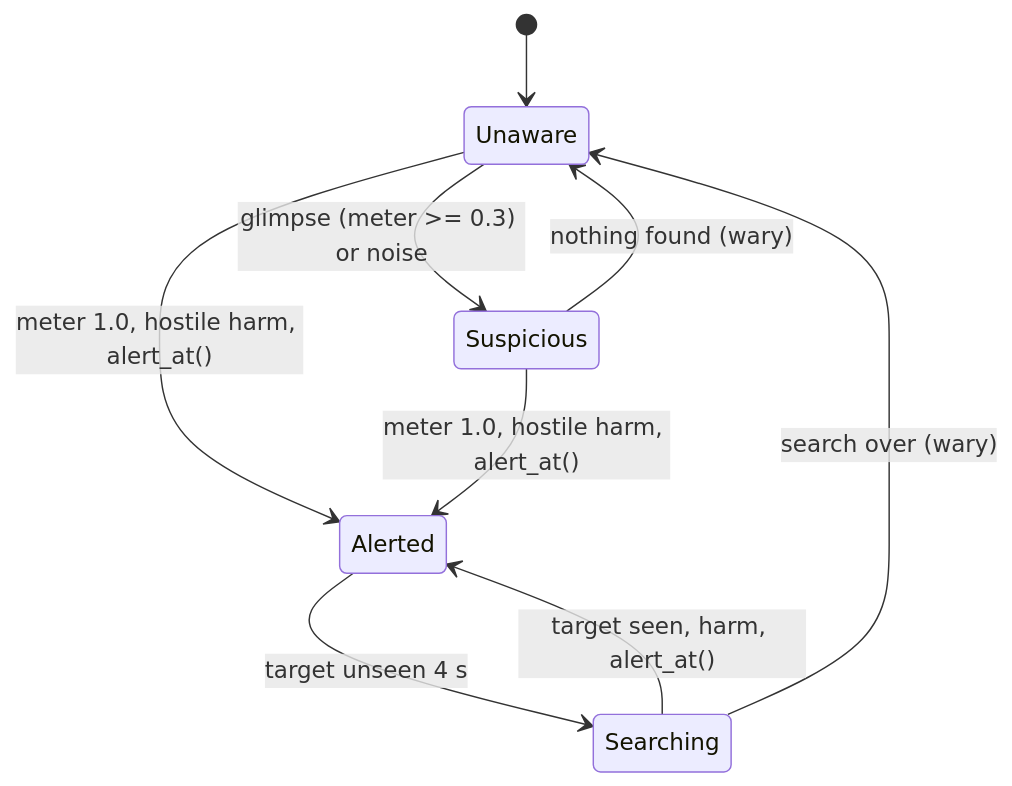
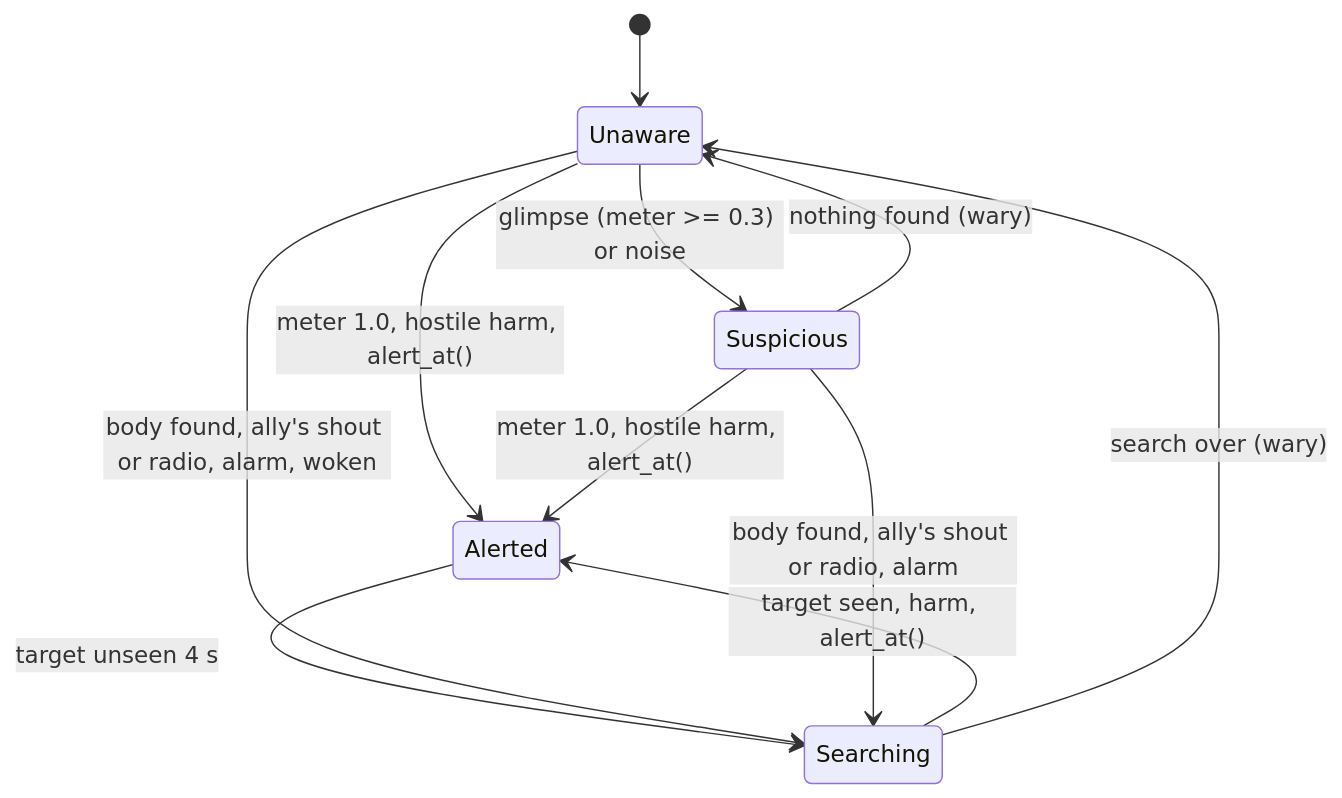
One commit to matts2cant/im-sim-proto changed the diagram in design/game/perception-and-ai.md. Above: the diagram before and after it, drawn with Mermaid. The commit also changed other lines of this file and 80 other files, not shown here.

````diff
--- a/design/game/perception-and-ai.md
+++ b/design/game/perception-and-ai.md
@@ -18,11 +18,13 @@
 ```mermaid
 stateDiagram-v2
     [*] --> Unaware
     Unaware --> Suspicious : glimpse (meter >= 0.3) or noise
     Unaware --> Alerted : meter 1.0, hostile harm, alert_at()
     Suspicious --> Alerted : meter 1.0, hostile harm, alert_at()
     Suspicious --> Unaware : nothing found (wary)
     Alerted --> Searching : target unseen 4 s
     Searching --> Alerted : target seen, harm, alert_at()
     Searching --> Unaware : search over (wary)
+    Unaware --> Searching : body found, ally's shout or radio, alarm, woken
+    Suspicious --> Searching : body found, ally's shout or radio, alarm
 ```
````
